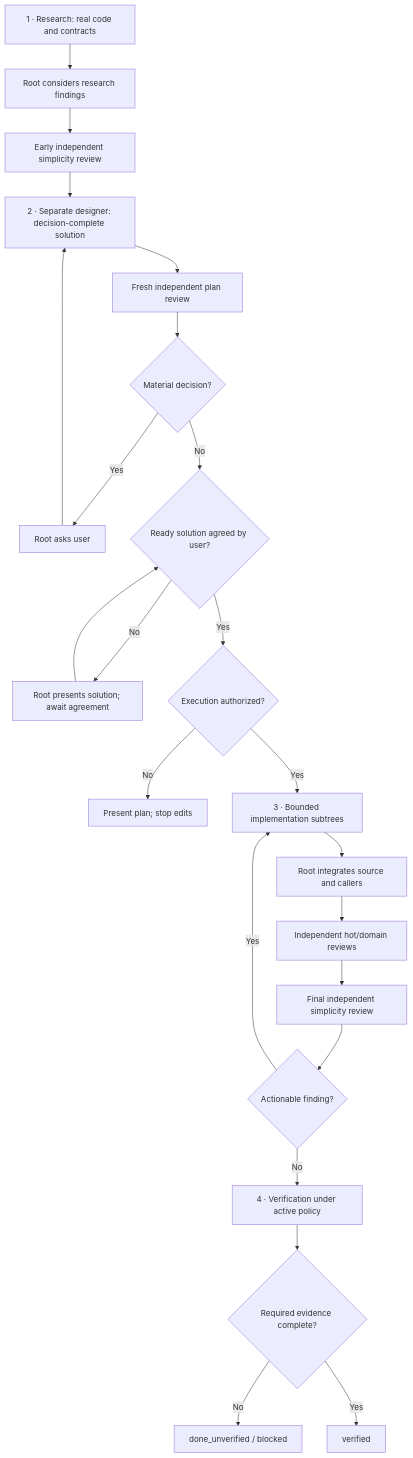
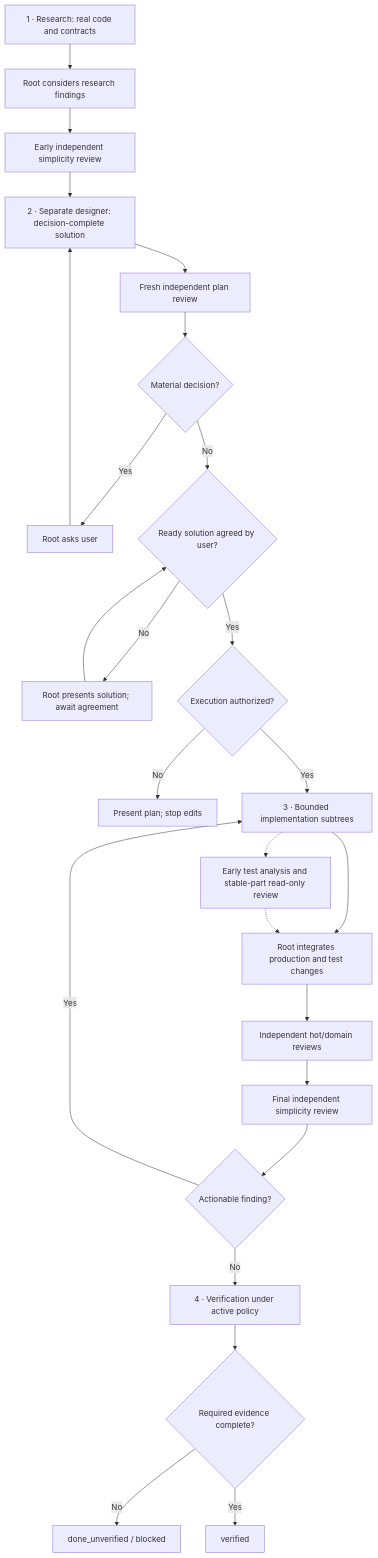
One commit to be0hhh/blazing-market changed the third of 4 diagrams in skills/blazing-market/references/delegation-and-review.md. Above: the diagram before and after it, drawn with Mermaid. The commit also changed other lines of this file and 3 other files, not shown here.

````diff
--- a/skills/blazing-market/references/delegation-and-review.md
+++ b/skills/blazing-market/references/delegation-and-review.md
@@ -91,25 +132,27 @@
 ```mermaid
 flowchart TD
     A["1 · Research: real code and contracts"] --> ROOT["Root considers research findings"]
     ROOT --> EARLY["Early independent simplicity review"]
     EARLY --> B["2 · Separate designer: decision-complete solution"]
     B --> P["Fresh independent plan review"]
     P --> Q{"Material decision?"}
     Q -->|Yes| U["Root asks user"]
     U --> B
     Q -->|No| AG{"Ready solution agreed by user?"}
     AG -->|No| PLAN["Root presents solution; await agreement"]
     PLAN --> AG
     AG -->|Yes| G{"Execution authorized?"}
     G -->|No| STOP["Present plan; stop edits"]
     G -->|Yes| C["3 · Bounded implementation subtrees"]
-    C --> I["Root integrates source and callers"]
+    C --> I["Root integrates production and test changes"]
+    C -.-> TA["Early test analysis and stable-part read-only review"]
+    TA -.-> I
     I --> R["Independent hot/domain reviews"]
     R --> SIMPLE["Final independent simplicity review"]
     SIMPLE --> F{"Actionable finding?"}
     F -->|Yes| C
     F -->|No| T["4 · Verification under active policy"]
     T --> E{"Required evidence complete?"}
     E -->|No| N["done_unverified / blocked"]
     E -->|Yes| Z["verified"]
 ```
````
